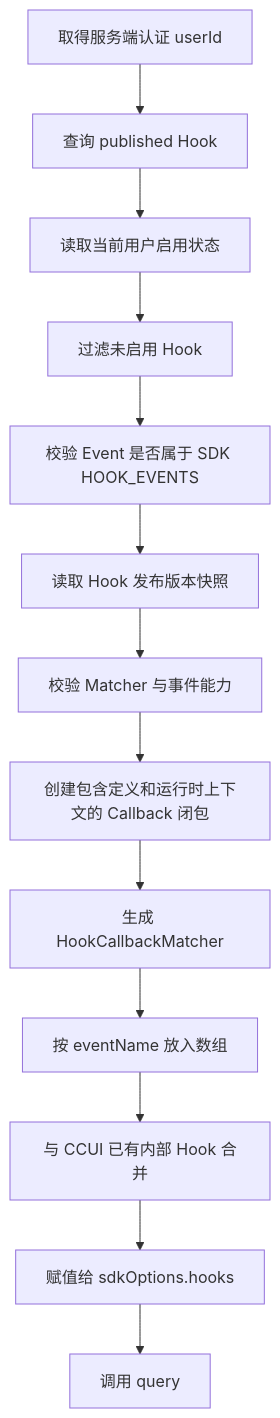
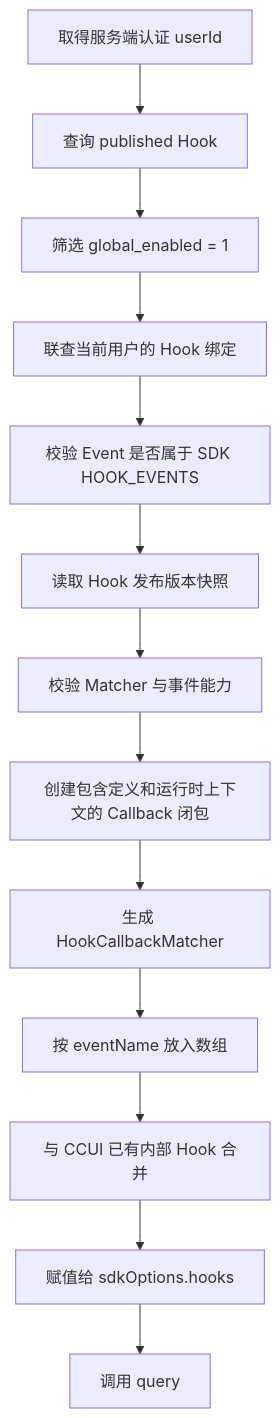
The second of 4 diagrams in docs/Hook需求设计方案.md (Huijie-Qin/claudecodeui), drawn with Mermaid before and after one commit. The commit also changed other lines of this file and 13 other files, not shown here.

```diff
--- a/docs/Hook需求设计方案.md
+++ b/docs/Hook需求设计方案.md
@@ -1050,15 +1094,15 @@
 ~~~mermaid
 flowchart TD
   A["取得服务端认证 userId"] --> B["查询 published Hook"]
-  B --> C["读取当前用户启用状态"]
-  C --> D["过滤未启用 Hook"]
+  B --> C["筛选 global_enabled = 1"]
+  C --> D["联查当前用户的 Hook 绑定"]
   D --> E["校验 Event 是否属于 SDK HOOK_EVENTS"]
   E --> F["读取 Hook 发布版本快照"]
   F --> G["校验 Matcher 与事件能力"]
   G --> H["创建包含定义和运行时上下文的 Callback 闭包"]
   H --> I["生成 HookCallbackMatcher"]
   I --> J["按 eventName 放入数组"]
   J --> K["与 CCUI 已有内部 Hook 合并"]
   K --> L["赋值给 sdkOptions.hooks"]
   L --> M["调用 query"]
 ~~~
```
